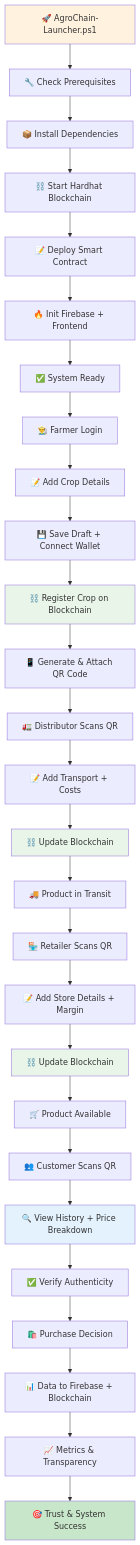
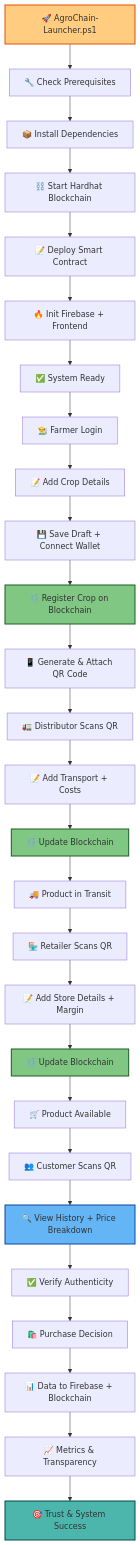
The second of 2 diagrams in README.md (kanishkasalgude/SIH), drawn with Mermaid before and after one commit.

````diff
--- a/README.md
+++ b/README.md
@@ -37,47 +37,47 @@
 ```mermaid
 flowchart TD
     %% System Setup
     A[🚀 AgroChain-Launcher.ps1] --> B[🔧 Check Prerequisites]
     B --> C[📦 Install Dependencies]
     C --> D[⛓️ Start Hardhat Blockchain]
     D --> E[📝 Deploy Smart Contract]
     E --> F[🔥 Init Firebase + Frontend]
     F --> G[✅ System Ready]
 
     %% Farmer Stage
     G --> F1[👨‍🌾 Farmer Login]
     F1 --> F2[📝 Add Crop Details]
     F2 --> F3[💾 Save Draft + Connect Wallet]
     F3 --> F4[⛓️ Register Crop on Blockchain]
     F4 --> F5[📱 Generate & Attach QR Code]
 
     %% Distributor Stage
     F5 --> D1[🚛 Distributor Scans QR]
     D1 --> D2[📝 Add Transport + Costs]
     D2 --> D3[⛓️ Update Blockchain]
     D3 --> D4[🚚 Product in Transit]
 
     %% Retailer Stage
     D4 --> R1[🏪 Retailer Scans QR]
     R1 --> R2[📝 Add Store Details + Margin]
     R2 --> R3[⛓️ Update Blockchain]
     R3 --> R4[🛒 Product Available]
 
     %% Customer Stage
     R4 --> C1[👥 Customer Scans QR]
     C1 --> C2[🔍 View History + Price Breakdown]
     C2 --> C3[✅ Verify Authenticity]
     C3 --> C4[🛍️ Purchase Decision]
 
     %% Success & Monitoring
     C4 --> S1[📊 Data to Firebase + Blockchain]
     S1 --> S2[📈 Metrics & Transparency]
     S2 --> S3[🎯 Trust & System Success]
 
-    style A fill:#fff3e0
-    style F4 fill:#e8f5e8
-    style D3 fill:#e8f5e8
-    style R3 fill:#e8f5e8
-    style C2 fill:#e3f2fd
-    style S3 fill:#c8e6c9
+    style A fill:#ffcc80,stroke:#e65100,stroke-width:2px
+    style F4 fill:#81c784,stroke:#1b5e20,stroke-width:2px
+    style D3 fill:#81c784,stroke:#1b5e20,stroke-width:2px
+    style R3 fill:#81c784,stroke:#1b5e20,stroke-width:2px
+    style C2 fill:#64b5f6,stroke:#0d47a1,stroke-width:2px
+    style S3 fill:#4db6ac,stroke:#004d40,stroke-width:2px
 ```
````
